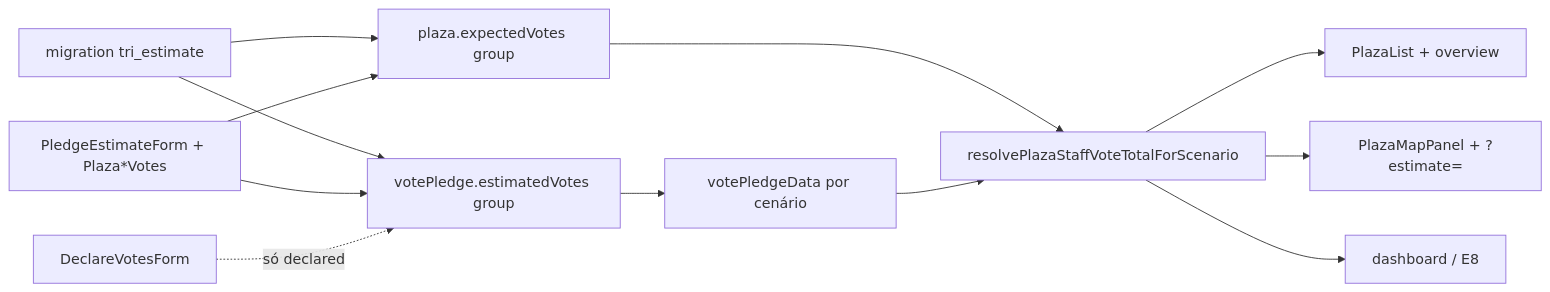
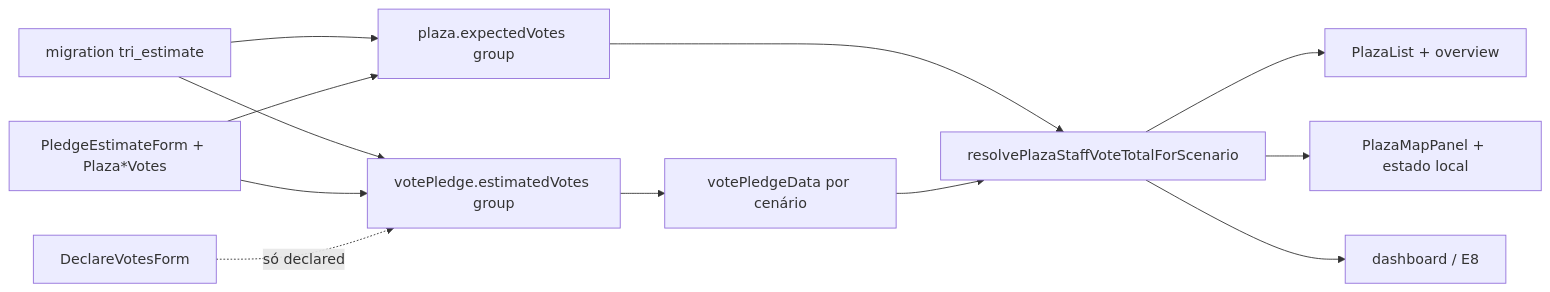
One commit to fsolla/teqo changed the diagram in docs/plans/cenarios-estimativa-votos.md. Above: the diagram before and after it, drawn with Mermaid. The commit also changed other lines of this file and 53 other files, not shown here.

````diff
--- a/docs/plans/cenarios-estimativa-votos.md
+++ b/docs/plans/cenarios-estimativa-votos.md
@@ -71,14 +71,14 @@
 ```mermaid
 flowchart LR
   mig["migration tri_estimate"] --> pledge["votePledge.estimatedVotes group"]
   mig --> plaza["plaza.expectedVotes group"]
   pledge --> agg["votePledgeData por cenário"]
   plaza --> resolve["resolvePlazaStaffVoteTotalForScenario"]
   agg --> resolve
   resolve --> list["PlazaList + overview"]
-  resolve --> map["PlazaMapPanel + ?estimate="]
+  resolve --> map["PlazaMapPanel + estado local"]
   resolve --> dash["dashboard / E8"]
   forms["PledgeEstimateForm + Plaza*Votes"] --> pledge
   forms --> plaza
   leader["DeclareVotesForm"] -.só declared.-> pledge
 ```
````
